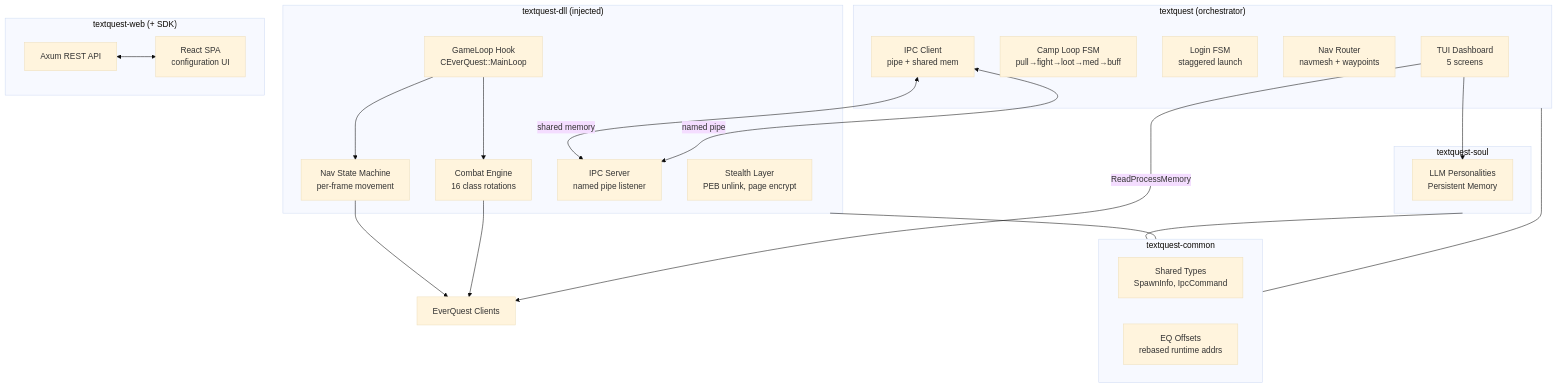
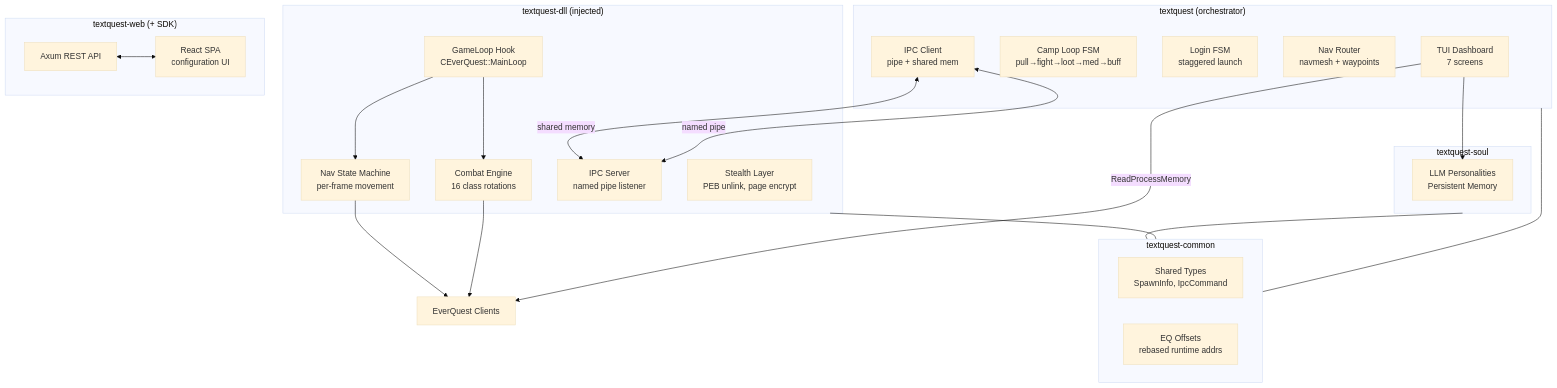
Before and after one commit to Maleick/AutoShip: the diagram in README.md, drawn with Mermaid (base theme). The commit also changed other lines of this file and 2 other files, not shown here.

````diff
--- a/README.md
+++ b/README.md
@@ -127,45 +131,45 @@
 ```mermaid
 flowchart TD
     subgraph Orchestrator["textquest (orchestrator)"]
-        TUI["TUI Dashboard\n5 screens"]
+        TUI["TUI Dashboard\n7 screens"]
         CampLoop["Camp Loop FSM\npull→fight→loot→med→buff"]
         LoginSM["Login FSM\nstaggered launch"]
         NavRouter["Nav Router\nnavmesh + waypoints"]
         IPC_Client["IPC Client\npipe + shared mem"]
     end
 
     subgraph DLL["textquest-dll (injected)"]
         GameLoop["GameLoop Hook\nCEverQuest::MainLoop"]
         CombatEngine["Combat Engine\n16 class rotations"]
         NavState["Nav State Machine\nper-frame movement"]
         IPC_Server["IPC Server\nnamed pipe listener"]
         Stealth["Stealth Layer\nPEB unlink, page encrypt"]
     end
 
     subgraph Common["textquest-common"]
         Types["Shared Types\nSpawnInfo, IpcCommand"]
         Offsets["EQ Offsets\nrebased runtime addrs"]
     end
 
     subgraph Web["textquest-web (+ SDK)"]
         Axum["Axum REST API"]
         ReactSPA["React SPA\nconfiguration UI"]
     end
 
     subgraph Soul["textquest-soul"]
         LLM["LLM Personalities\nPersistent Memory"]
     end
 
     TUI -->|ReadProcessMemory| EQ["EverQuest Clients"]
     IPC_Client <-->|named pipe| IPC_Server
     IPC_Client <-->|shared memory| IPC_Server
     GameLoop --> CombatEngine
     GameLoop --> NavState
     CombatEngine --> EQ
     NavState --> EQ
     TUI --> LLM
     Orchestrator --- Common
     DLL --- Common
     Axum <--> ReactSPA
     Soul --- Common
 ```
````
